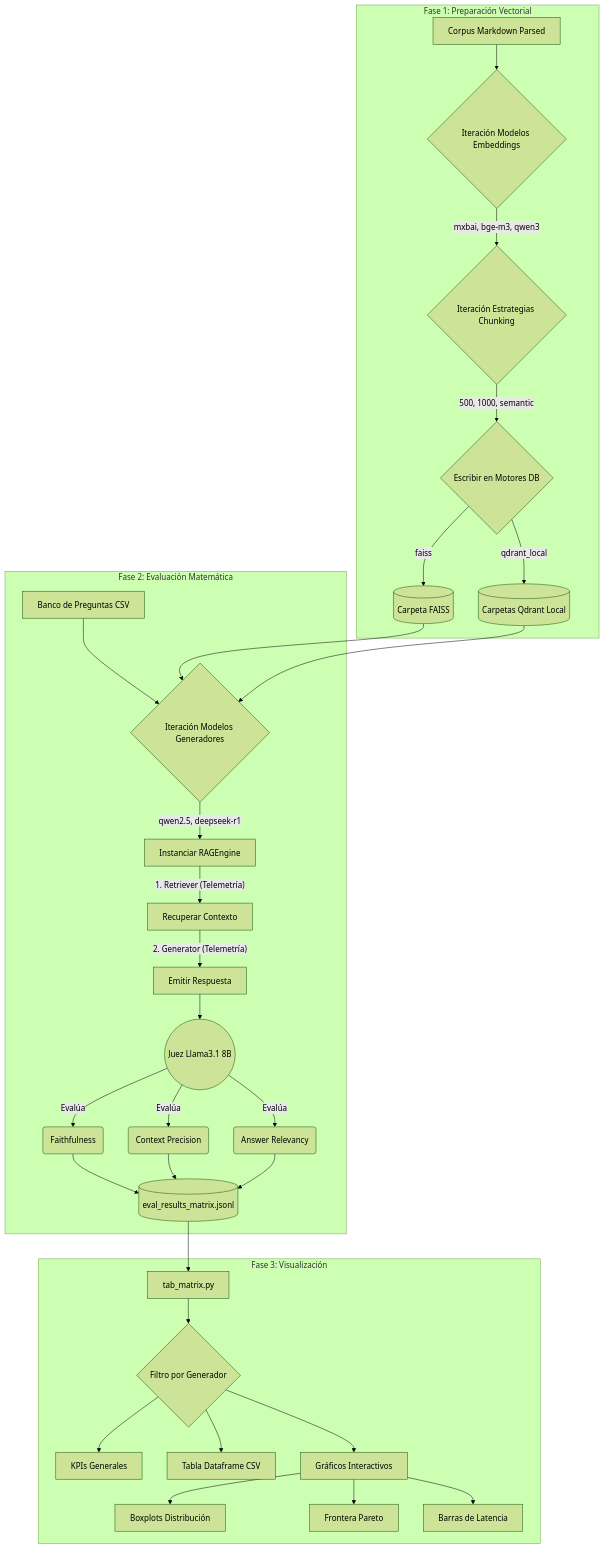
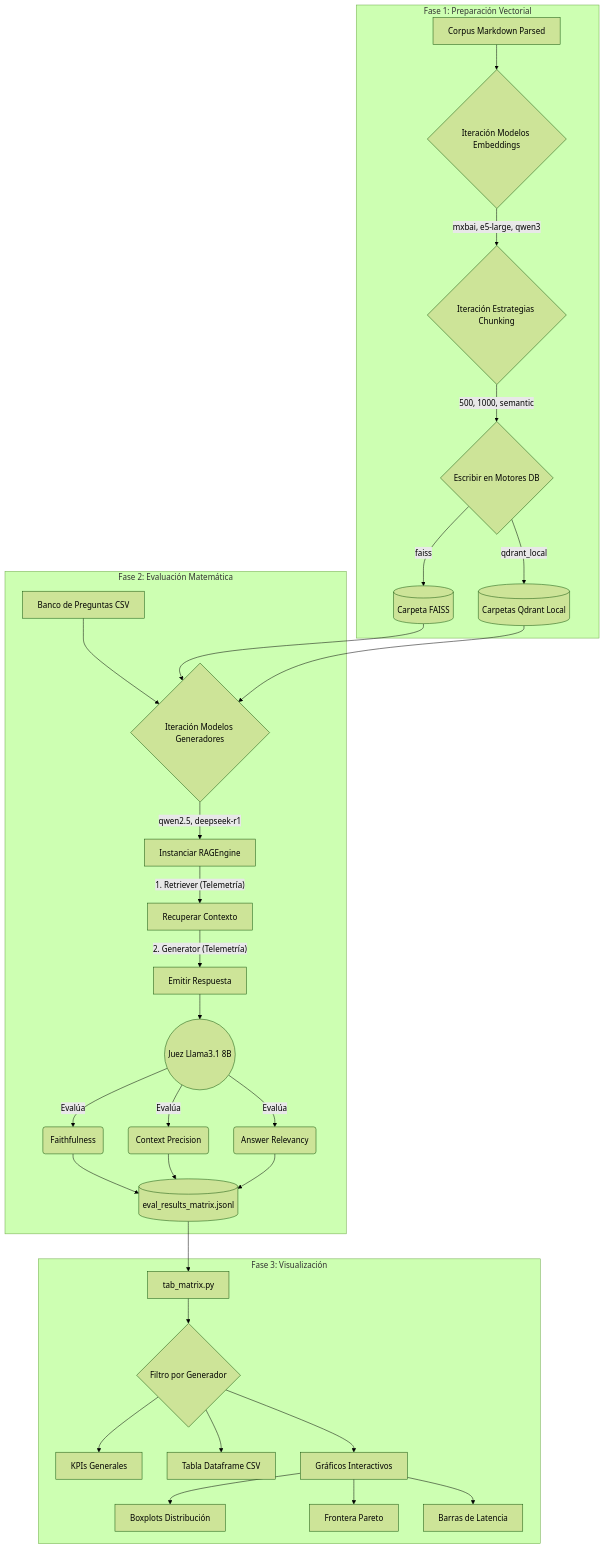
One commit to AlexPrietoRomani/TFM-allucination changed the diagram in docs/matriz_experimentos.md. Above: the diagram before and after it, drawn with Mermaid (forest theme). The commit also changed other lines of this file and 2 other files, not shown here.

Commit message:
feat: cambia bge-m3 por multilingual-e5-large en la matriz de experimentos

````diff
--- a/docs/matriz_experimentos.md
+++ b/docs/matriz_experimentos.md
@@ -91,37 +99,37 @@
 ```mermaid
 graph TD
     subgraph "Fase 1: Preparación Vectorial"
         A[Corpus Markdown Parsed] --> B{Iteración Modelos Embeddings}
-        B -->|mxbai, bge-m3, qwen3| C{Iteración Estrategias Chunking}
+        B -->|mxbai, e5-large, qwen3| C{Iteración Estrategias Chunking}
         C -->|500, 1000, semantic| D{Escribir en Motores DB}
         D -->|faiss| E[(Carpeta FAISS)]
         D -->|qdrant_local| F[(Carpetas Qdrant Local)]
     end
 
     subgraph "Fase 2: Evaluación Matemática"
         G[Banco de Preguntas CSV] --> H{Iteración Modelos Generadores}
         E --> H
         F --> H
         H -->|qwen2.5, deepseek-r1| I[Instanciar RAGEngine]
         I -->|"1. Retriever (Telemetría)"| J[Recuperar Contexto]
         J -->|"2. Generator (Telemetría)"| K[Emitir Respuesta]
         K --> L((Juez Llama3.1 8B))
         L -->|"Evalúa"| M(Faithfulness)
         L -->|"Evalúa"| N(Context Precision)
         L -->|"Evalúa"| O(Answer Relevancy)
         M --> P[(eval_results_matrix.jsonl)]
         N --> P
         O --> P
     end
 
     subgraph "Fase 3: Visualización"
         P --> Q[tab_matrix.py]
         Q --> R{Filtro por Generador}
         R --> S[KPIs Generales]
         R --> T[Tabla Dataframe CSV]
         R --> U[Gráficos Interactivos]
         U --> V[Boxplots Distribución]
         U --> W[Frontera Pareto]
         U --> X[Barras de Latencia]
     end
 ```
````
